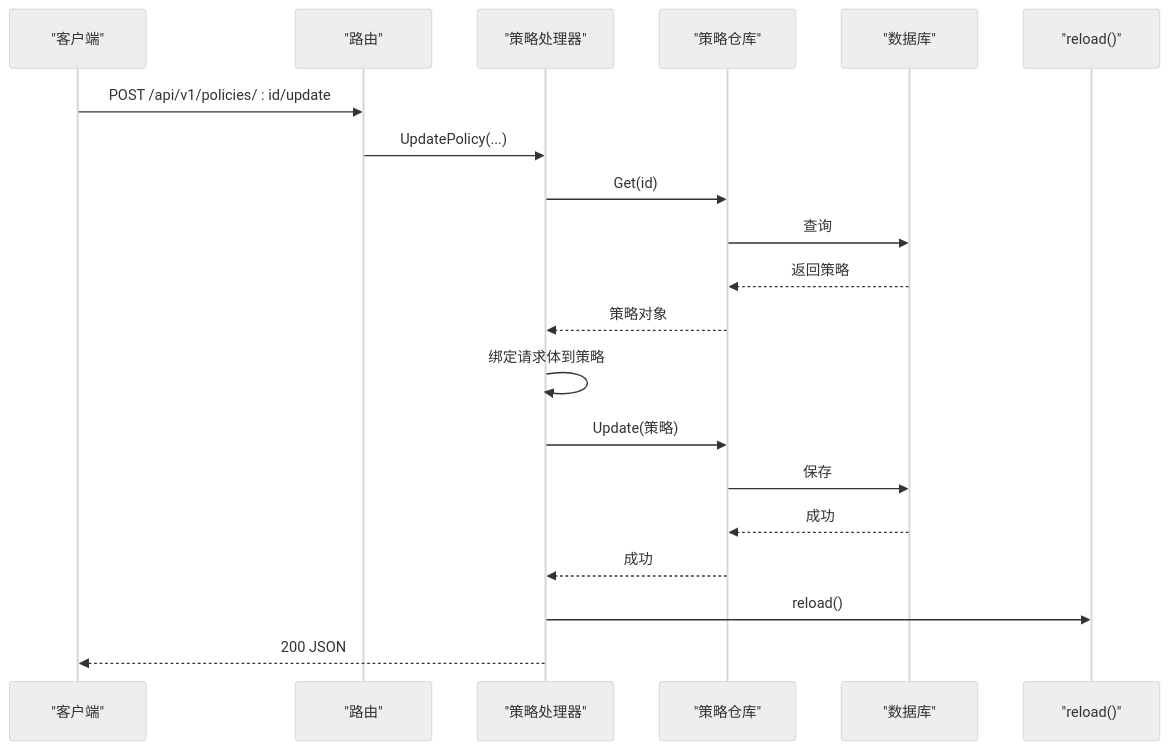
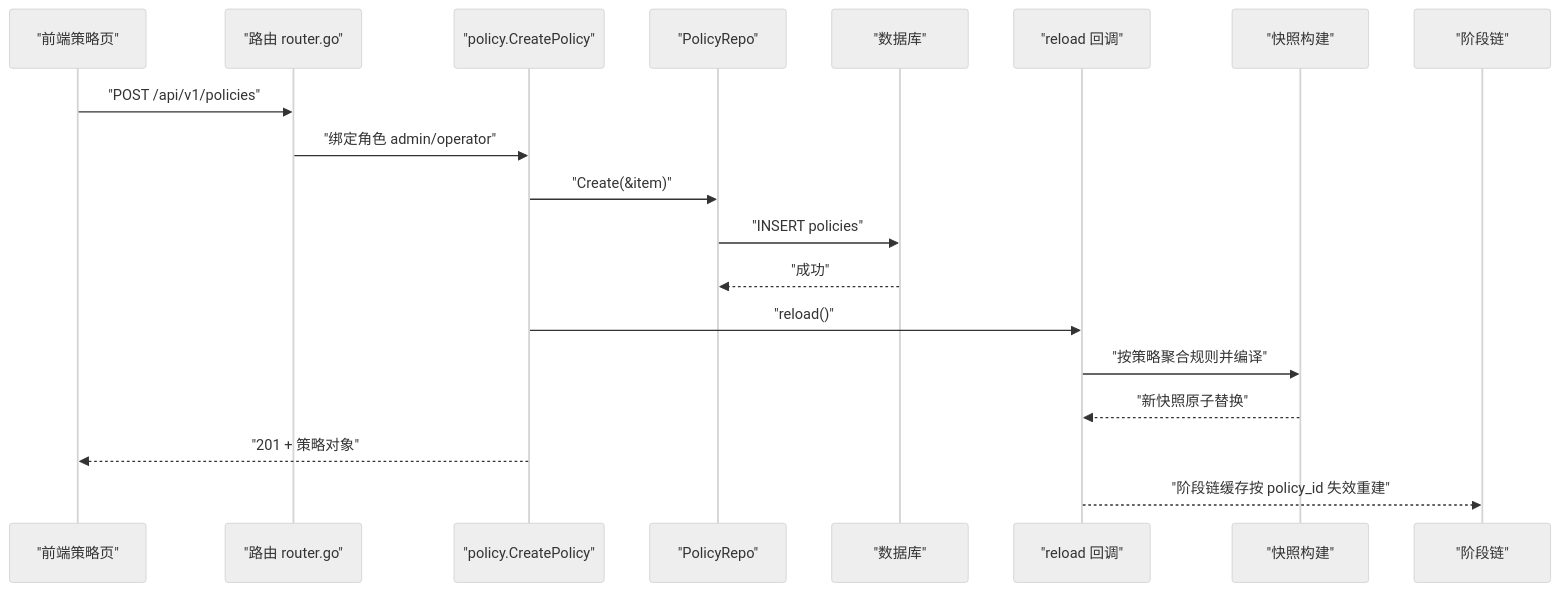
One commit to x01n/My-OpenWaf changed the third of 6 diagrams in docs/管理 API 系统/策略管理 API.md. Above: the diagram before and after it, drawn with Mermaid (neutral theme). The commit also changed other lines of this file and 622 other files, not shown here.

````diff
--- a/docs/管理 API 系统/策略管理 API.md
+++ b/docs/管理 API 系统/策略管理 API.md
@@ -158,22 +179,21 @@
 ```mermaid
 sequenceDiagram
-participant C as "客户端"
-participant R as "路由"
-participant H as "策略处理器"
-participant Repo as "策略仓库"
+participant FE as "前端策略页"
+participant R as "路由 router.go"
+participant H as "policy.CreatePolicy"
+participant P as "PolicyRepo"
 participant DB as "数据库"
-participant Rel as "reload()"
-C->>R : POST /api/v1/policies/ : id/update
-R->>H : UpdatePolicy(...)
-H->>Repo : Get(id)
-Repo->>DB : 查询
-DB-->>Repo : 返回策略
-Repo-->>H : 策略对象
-H->>H : 绑定请求体到策略
-H->>Repo : Update(策略)
-Repo->>DB : 保存
-DB-->>Repo : 成功
-Repo-->>H : 成功
-H->>Rel : reload()
-H-->>C : 200 JSON
+participant RL as "reload 回调"
+participant SNAP as "快照构建"
+participant ENG as "阶段链"
+FE->>R : "POST /api/v1/policies"
+R->>H : "绑定角色 admin/operator"
+H->>P : "Create(&item)"
+P->>DB : "INSERT policies"
+DB-->>P : "成功"
+H->>RL : "reload()"
+RL->>SNAP : "按策略聚合规则并编译"
+SNAP-->>RL : "新快照原子替换"
+H-->>FE : "201 + 策略对象"
+RL-->>ENG : "阶段链缓存按 policy_id 失效重建"
 ```
````
